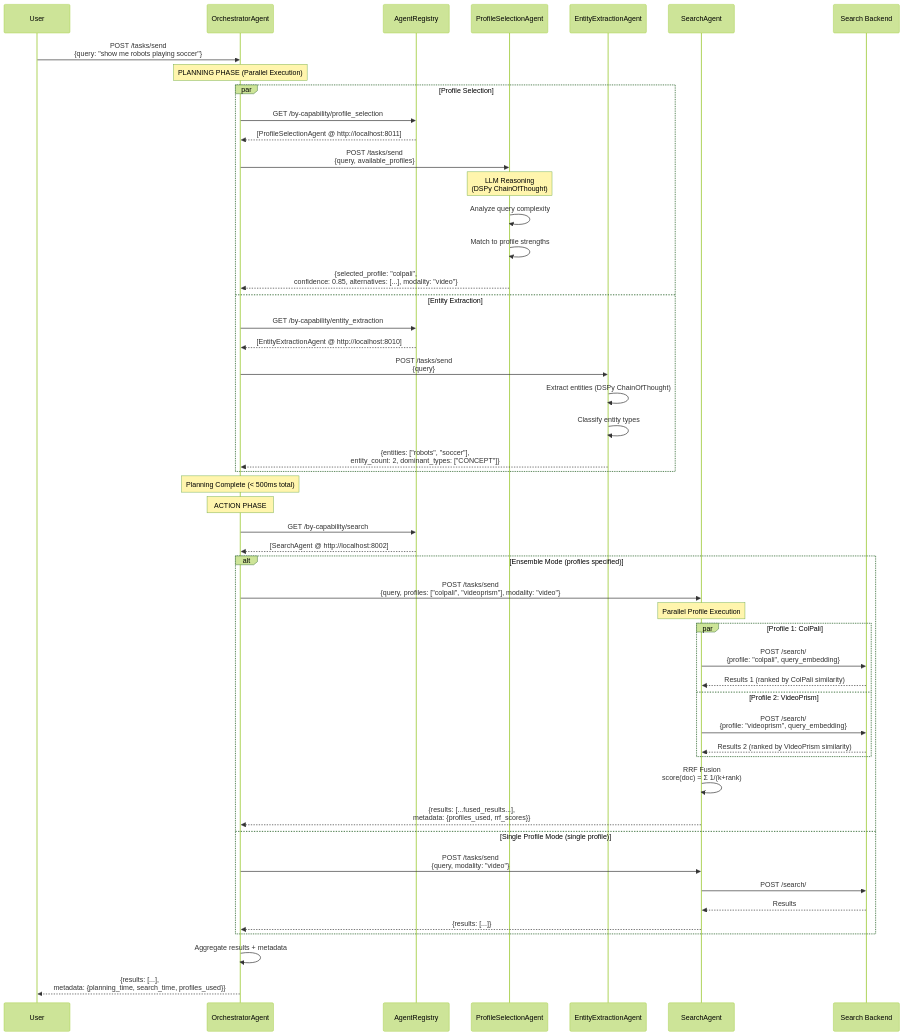
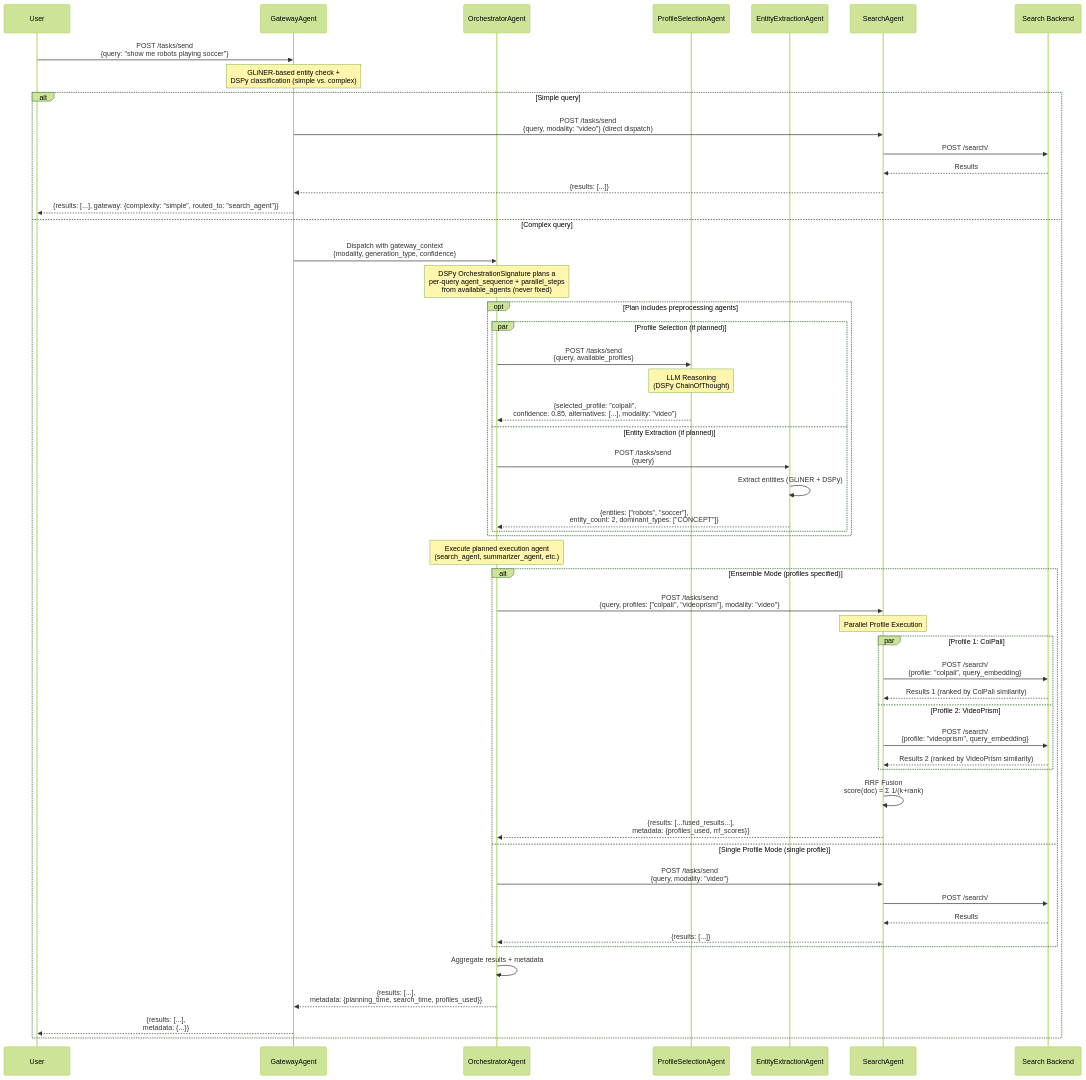
Before and after one commit to amit-jain/cogniverse: the second of 8 diagrams in docs/architecture/multi-agent-interactions.md, drawn with Mermaid (forest theme). The commit also changed other lines of this file and 19 other files, not shown here.

````diff
--- a/docs/architecture/multi-agent-interactions.md
+++ b/docs/architecture/multi-agent-interactions.md
@@ -108,64 +108,65 @@
 ```mermaid
 sequenceDiagram
     participant User
+    participant Gateway as GatewayAgent
     participant Orch as OrchestratorAgent
-    participant Registry as AgentRegistry
     participant Prof as ProfileSelectionAgent
     participant Entity as EntityExtractionAgent
     participant Search as SearchAgent
     participant Backend as Search Backend
 
-    User->>Orch: POST /tasks/send<br/>{query: "show me robots playing soccer"}
+    User->>Gateway: POST /tasks/send<br/>{query: "show me robots playing soccer"}
 
-    Note over Orch: PLANNING PHASE (Parallel Execution)
+    Note over Gateway: GLiNER-based entity check +<br/>DSPy classification (simple vs. complex)
 
-    par Profile Selection
-        Orch->>Registry: GET /by-capability/profile_selection
-        Registry-->>Orch: [ProfileSelectionAgent @ http://localhost:8011]
+    alt Simple query
+        Gateway->>Search: POST /tasks/send<br/>{query, modality: "video"} (direct dispatch)
+        Search->>Backend: POST /search/
+        Backend-->>Search: Results
+        Search-->>Gateway: {results: [...]}
+        Gateway-->>User: {results: [...], gateway: {complexity: "simple", routed_to: "search_agent"}}
+    else Complex query
+        Gateway->>Orch: Dispatch with gateway_context<br/>{modality, generation_type, confidence}
 
-        Orch->>Prof: POST /tasks/send<br/>{query, available_profiles}
-        Note over Prof: LLM Reasoning<br/>(DSPy ChainOfThought)
-        Prof->>Prof: Analyze query complexity
-        Prof->>Prof: Match to profile strengths
-        Prof-->>Orch: {selected_profile: "colpali",<br/>confidence: 0.85, alternatives: [...], modality: "video"}
-    and Entity Extraction
-        Orch->>Registry: GET /by-capability/entity_extraction
-        Registry-->>Orch: [EntityExtractionAgent @ http://localhost:8010]
+        Note over Orch: DSPy OrchestrationSignature plans a<br/>per-query agent_sequence + parallel_steps<br/>from available_agents (never fixed)
 
-        Orch->>Entity: POST /tasks/send<br/>{query}
-        Entity->>Entity: Extract entities (DSPy ChainOfThought)
-        Entity->>Entity: Classify entity types
-        Entity-->>Orch: {entities: ["robots", "soccer"],<br/>entity_count: 2, dominant_types: ["CONCEPT"]}
-    end
-
-    Note over Orch: Planning Complete (< 500ms total)
-
-    Note over Orch: ACTION PHASE
-
-    Orch->>Registry: GET /by-capability/search
-    Registry-->>Orch: [SearchAgent @ http://localhost:8002]
-
-    alt Ensemble Mode (profiles specified)
-        Orch->>Search: POST /tasks/send<br/>{query, profiles: ["colpali", "videoprism"], modality: "video"}
-
-        Note over Search: Parallel Profile Execution
-        par Profile 1: ColPali
-            Search->>Backend: POST /search/<br/>{profile: "colpali", query_embedding}
-            Backend-->>Search: Results 1 (ranked by ColPali similarity)
-        and Profile 2: VideoPrism
-            Search->>Backend: POST /search/<br/>{profile: "videoprism", query_embedding}
-            Backend-->>Search: Results 2 (ranked by VideoPrism similarity)
+        opt Plan includes preprocessing agents
+            par Profile Selection (if planned)
+                Orch->>Prof: POST /tasks/send<br/>{query, available_profiles}
+                Note over Prof: LLM Reasoning<br/>(DSPy ChainOfThought)
+                Prof-->>Orch: {selected_profile: "colpali",<br/>confidence: 0.85, alternatives: [...], modality: "video"}
+            and Entity Extraction (if planned)
+                Orch->>Entity: POST /tasks/send<br/>{query}
+                Entity->>Entity: Extract entities (GLiNER + DSPy)
+                Entity-->>Orch: {entities: ["robots", "soccer"],<br/>entity_count: 2, dominant_types: ["CONCEPT"]}
+            end
         end
 
-        Search->>Search: RRF Fusion<br/>score(doc) = Σ 1/(k+rank)
-        Search-->>Orch: {results: [...fused_results...],<br/>metadata: {profiles_used, rrf_scores}}
-    else Single Profile Mode (single profile)
-        Orch->>Search: POST /tasks/send<br/>{query, modality: "video"}
-        Search->>Backend: POST /search/
-        Backend-->>Search: Results
-        Search-->>Orch: {results: [...]}
+        Note over Orch: Execute planned execution agent<br/>(search_agent, summarizer_agent, etc.)
+
+        alt Ensemble Mode (profiles specified)
+            Orch->>Search: POST /tasks/send<br/>{query, profiles: ["colpali", "videoprism"], modality: "video"}
+
+            Note over Search: Parallel Profile Execution
+            par Profile 1: ColPali
+                Search->>Backend: POST /search/<br/>{profile: "colpali", query_embedding}
+                Backend-->>Search: Results 1 (ranked by ColPali similarity)
+            and Profile 2: VideoPrism
+                Search->>Backend: POST /search/<br/>{profile: "videoprism", query_embedding}
+                Backend-->>Search: Results 2 (ranked by VideoPrism similarity)
+            end
+
+            Search->>Search: RRF Fusion<br/>score(doc) = Σ 1/(k+rank)
+            Search-->>Orch: {results: [...fused_results...],<br/>metadata: {profiles_used, rrf_scores}}
+        else Single Profile Mode (single profile)
+            Orch->>Search: POST /tasks/send<br/>{query, modality: "video"}
+            Search->>Backend: POST /search/
+            Backend-->>Search: Results
+            Search-->>Orch: {results: [...]}
+        end
+
+        Orch->>Orch: Aggregate results + metadata
+        Orch-->>Gateway: {results: [...],<br/>metadata: {planning_time, search_time, profiles_used}}
+        Gateway-->>User: {results: [...],<br/>metadata: {...}}
     end
-
-    Orch->>Orch: Aggregate results + metadata
-    Orch-->>User: {results: [...],<br/>metadata: {planning_time, search_time, profiles_used}}
 ```
````
